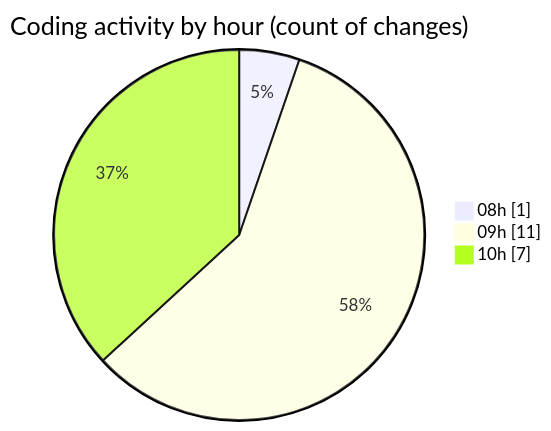
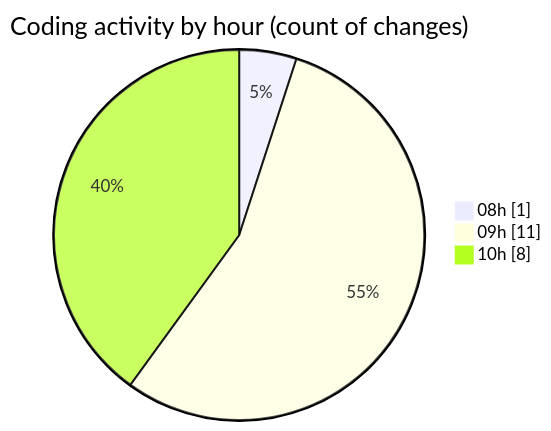
The second of 2 diagrams in 2026-04-14/cda/README.md (momahboobian/code-tracking), drawn with Mermaid before and after one commit. The commit also changed other lines of this file and 1 other file, not shown here.

````diff
--- a/2026-04-14/cda/README.md
+++ b/2026-04-14/cda/README.md
@@ -41,7 +42,7 @@
 ```mermaid
 pie showData
 title Coding activity by hour (count of changes)
 "08h" : 1
 "09h" : 11
-"10h" : 7
+"10h" : 8
 ```
````
